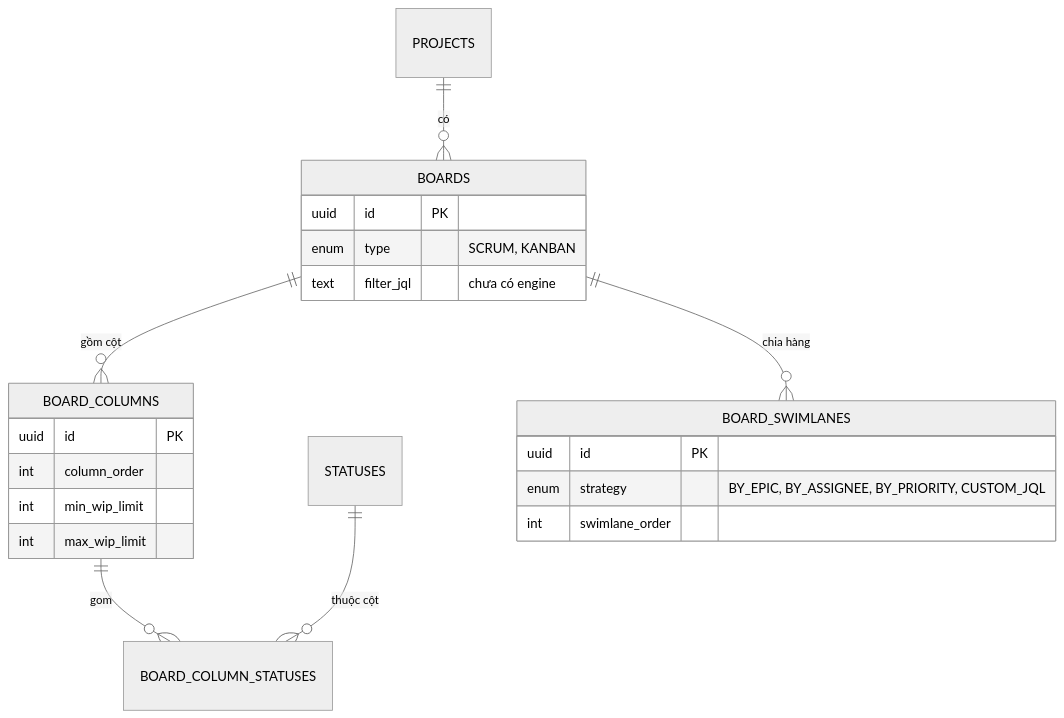
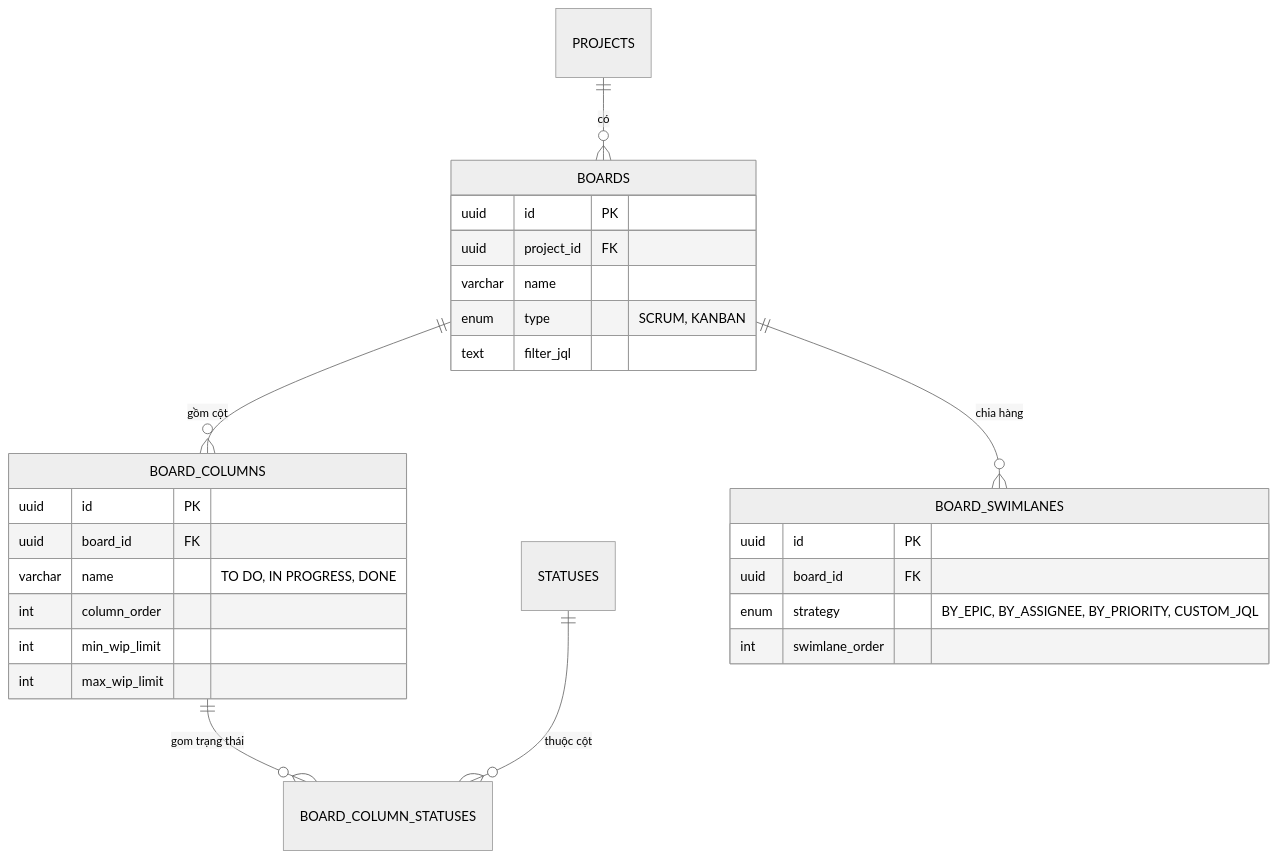
Diagram 12 of 22 in formal_doc/01_QUAN_HE_THUC_THE.md (Hecker-Chuoi/DATN-2026), drawn with Mermaid (neutral theme) before and after one commit. The commit also changed other lines of this file and 60 other files, not shown here.

````diff
--- a/formal_doc/01_QUAN_HE_THUC_THE.md
+++ b/formal_doc/01_QUAN_HE_THUC_THE.md
@@ -319,24 +347,29 @@
 ```mermaid
 erDiagram
     PROJECTS ||--o{ BOARDS : "có"
     BOARDS ||--o{ BOARD_COLUMNS : "gồm cột"
-    BOARD_COLUMNS ||--o{ BOARD_COLUMN_STATUSES : "gom"
+    BOARD_COLUMNS ||--o{ BOARD_COLUMN_STATUSES : "gom trạng thái"
     STATUSES ||--o{ BOARD_COLUMN_STATUSES : "thuộc cột"
     BOARDS ||--o{ BOARD_SWIMLANES : "chia hàng"
     BOARDS {
         uuid id PK
+        uuid project_id FK
+        varchar name
         enum type "SCRUM, KANBAN"
-        text filter_jql "chưa có engine"
+        text filter_jql
     }
     BOARD_COLUMNS {
         uuid id PK
+        uuid board_id FK
+        varchar name "TO DO, IN PROGRESS, DONE"
         int column_order
         int min_wip_limit
         int max_wip_limit
     }
     BOARD_SWIMLANES {
         uuid id PK
+        uuid board_id FK
         enum strategy "BY_EPIC, BY_ASSIGNEE, BY_PRIORITY, CUSTOM_JQL"
         int swimlane_order
     }
 ```
````
